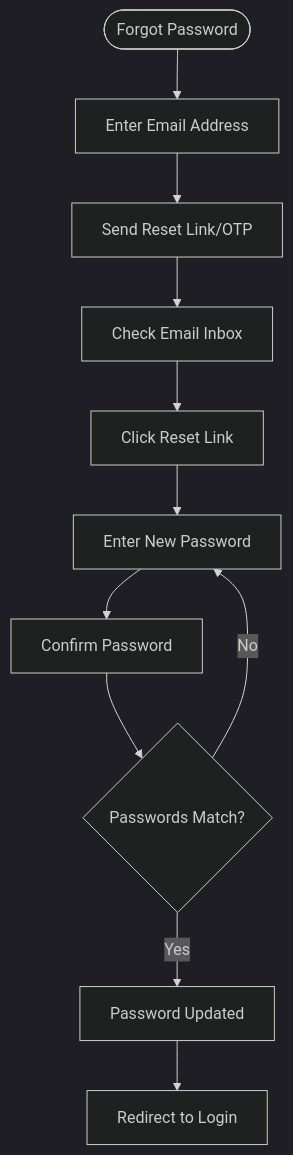
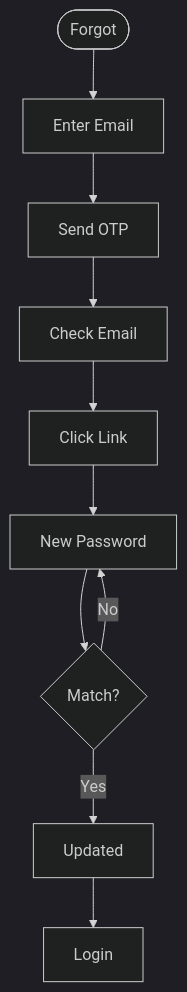
One commit to gunjangupta-gh/placeintern changed the fifth of 58 diagrams in INTERNSHIP_PORTAL_FLOW_DIAGRAMS.md. Above: the diagram before and after it, drawn with Mermaid (dark theme). The commit also changed other lines of this file and 6 other files, not shown here.

````diff
--- a/INTERNSHIP_PORTAL_FLOW_DIAGRAMS.md
+++ b/INTERNSHIP_PORTAL_FLOW_DIAGRAMS.md
@@ -179,13 +110,6 @@
 ```mermaid
 flowchart TD
-    FORGOT([Forgot Password]) --> EMAIL_INPUT[Enter Email Address]
-    EMAIL_INPUT --> SEND_OTP[Send Reset Link/OTP]
-    SEND_OTP --> CHECK_EMAIL[Check Email Inbox]
-    CHECK_EMAIL --> CLICK_LINK[Click Reset Link]
-    CLICK_LINK --> NEW_PASS[Enter New Password]
-    NEW_PASS --> CONFIRM_PASS[Confirm Password]
-    CONFIRM_PASS --> VALIDATE{Passwords Match?}
-    VALIDATE --> |No| NEW_PASS
-    VALIDATE --> |Yes| SUCCESS[Password Updated]
-    SUCCESS --> LOGIN[Redirect to Login]
+    A([Forgot])-->B[Enter Email]-->C[Send OTP]-->D[Check Email]-->E[Click Link]-->F[New Password]-->G{Match?}
+    G-->|No|F
+    G-->|Yes|H[Updated]-->I[Login]
 ```
````
